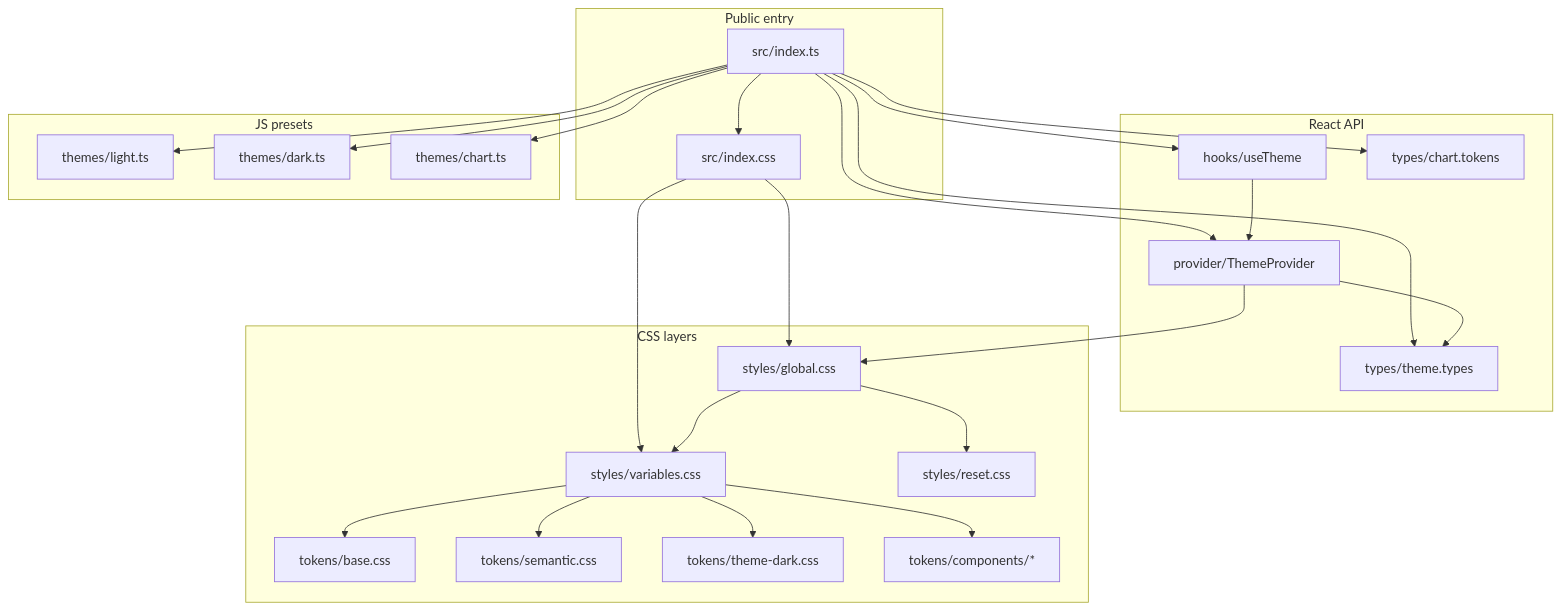
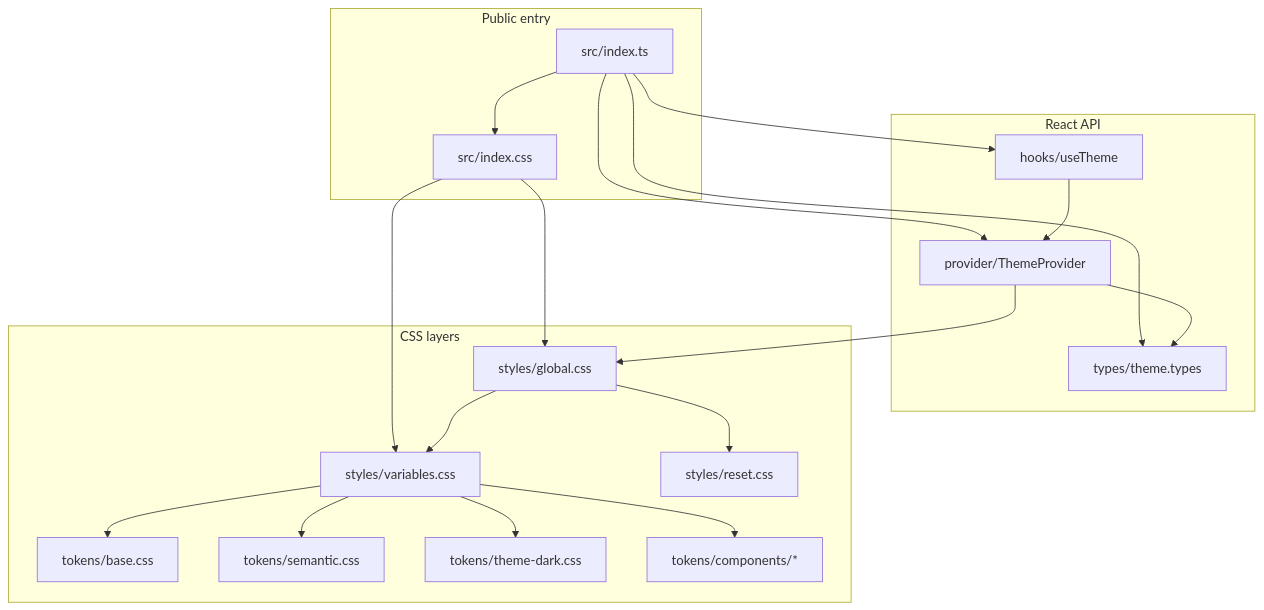
The first of 6 diagrams in packages/theme/.docs/architecture.md (truerain/genoffice-v2), drawn with Mermaid before and after one commit. The commit also changed other lines of this file and 26 other files, not shown here.

````diff
--- a/packages/theme/.docs/architecture.md
+++ b/packages/theme/.docs/architecture.md
@@ -47,39 +66,32 @@
 ```mermaid
 flowchart TB
   subgraph entry ["Public entry"]
     ITS["src/index.ts"]
     ICS["src/index.css"]
   end
 
   subgraph react ["React API"]
     TP["provider/ThemeProvider"]
     UH["hooks/useTheme"]
     TY["types/theme.types"]
-    CT["types/chart.tokens"]
-  end
-
-  subgraph presets ["JS presets"]
-    LT["themes/light.ts"]
-    DT["themes/dark.ts"]
-    CH["themes/chart.ts"]
   end
 
   subgraph css ["CSS layers"]
     VAR["styles/variables.css"]
     GLO["styles/global.css"]
     RST["styles/reset.css"]
     BASE["tokens/base.css"]
     SEM["tokens/semantic.css"]
     DARK["tokens/theme-dark.css"]
     COMP["tokens/components/*"]
   end
 
-  ITS --> TP & UH & LT & DT & CH & TY & CT
+  ITS --> TP & UH & TY
   ITS --> ICS
   ICS --> VAR & GLO
   GLO --> RST & VAR
   VAR --> BASE & SEM & COMP & DARK
   TP --> GLO
   TP --> TY
   UH --> TP
 ```
````
